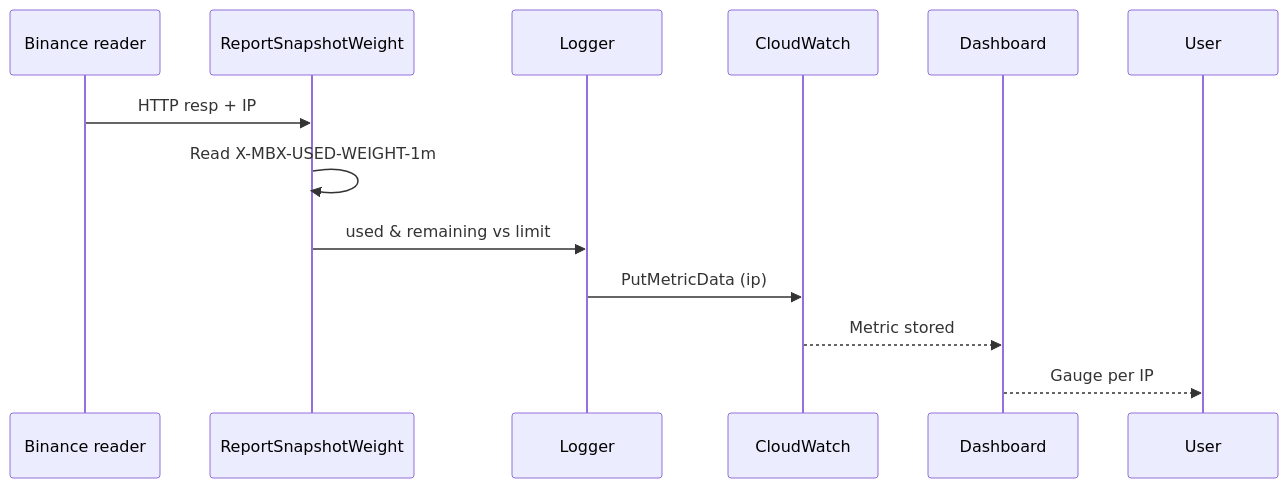
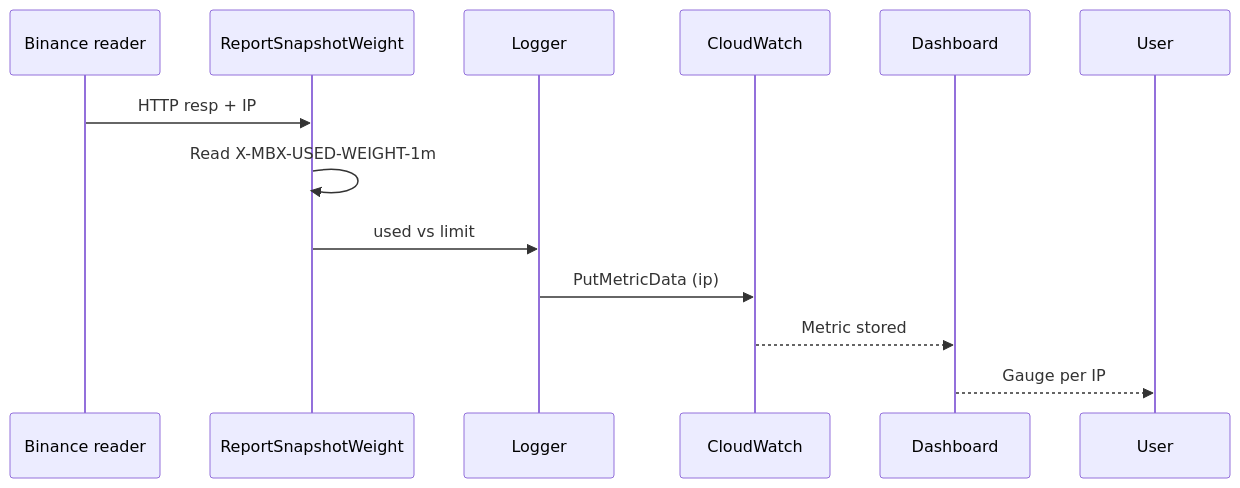
One commit to rahjooh/CryptoTrade changed the second of 5 diagrams in internal/metrics/rate/rate.md. Above: the diagram before and after it, drawn with Mermaid. The commit also changed other lines of this file and 8 other files, not shown here.

Commit message:
Simplify rate limit metrics to used weight

````diff
--- a/internal/metrics/rate/rate.md
+++ b/internal/metrics/rate/rate.md
@@ -42,15 +42,15 @@
 ```mermaid
 sequenceDiagram
     participant R as Binance reader
     participant Rate as ReportSnapshotWeight
     participant L as Logger
     participant CW as CloudWatch
     participant D as Dashboard
 
     R->>Rate: HTTP resp + IP
     Rate->>Rate: Read X-MBX-USED-WEIGHT-1m
-    Rate->>L: used & remaining vs limit
+    Rate->>L: used vs limit
     L->>CW: PutMetricData (ip)
     CW-->>D: Metric stored
     D-->>User: Gauge per IP
 ```
````
